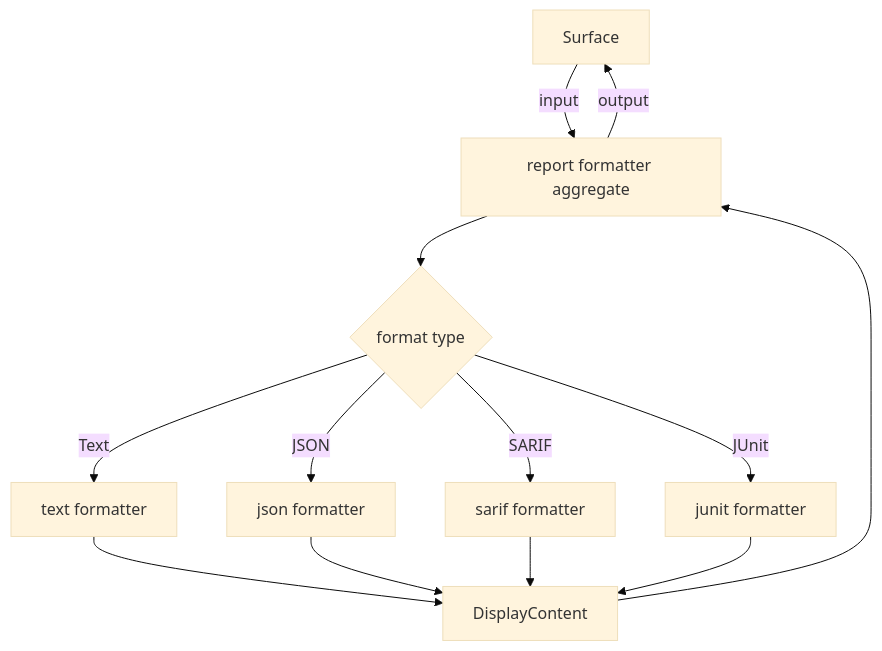
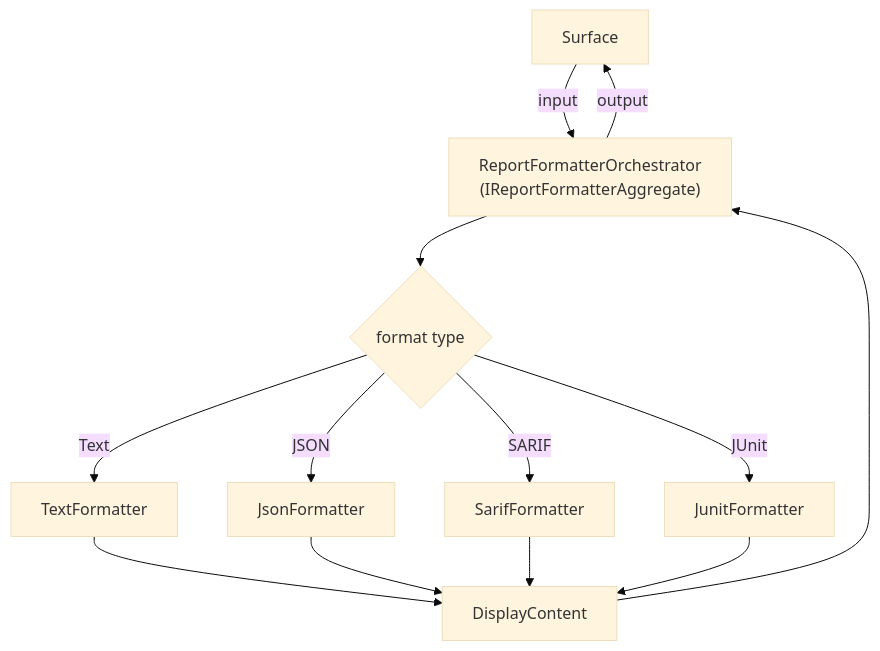
The diagram in crates/report-formatter/FRD.md (rakaarwaky/lint-arwaky), drawn with Mermaid (base theme) before and after one commit. The commit also changed other lines of this file and 60 other files, not shown here.

First line of the commit message:
feat(graph-loop): Implement state manager and trigger scanner for pipeline orchestration

````diff
--- a/crates/report-formatter/FRD.md
+++ b/crates/report-formatter/FRD.md
@@ -19,19 +13,18 @@
 ```mermaid
 flowchart TD
-    A["Surface"] -->|input| B["report formatter aggregate"]
+    A["Surface"] -->|input| B["ReportFormatterOrchestrator\n(IReportFormatterAggregate)"]
     B --> C{"format type"}
 
-    C -->|"Text"| D["text formatter"]
-    C -->|"JSON"| E["json formatter"]
-    C -->|"SARIF"| F["sarif formatter"]
-    C -->|"JUnit"| G["junit formatter"]
+    C -->|"Text"| D["TextFormatter"]
+    C -->|"JSON"| E["JsonFormatter"]
+    C -->|"SARIF"| F["SarifFormatter"]
+    C -->|"JUnit"| G["JunitFormatter"]
 
     D --> H["DisplayContent"]
     E --> H
     F --> H
     G --> H
 
     H --> B
     B -->|output| A
-
 ```
````
